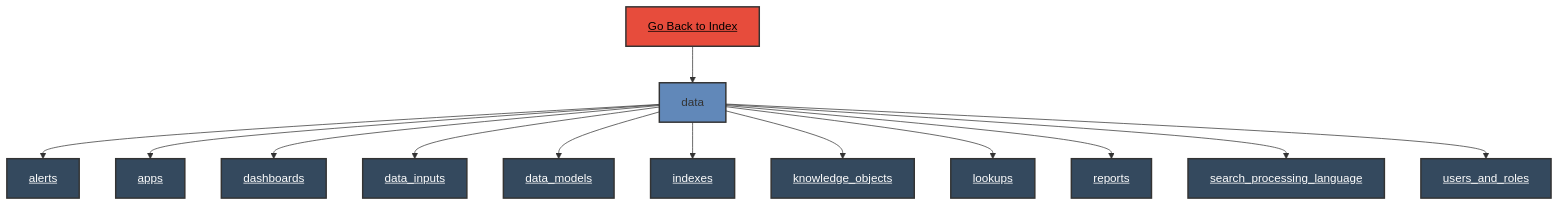
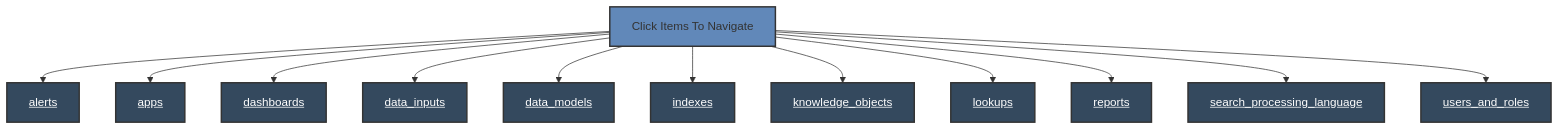
One commit to ncolyer/splunk-toolbox changed the diagram in data/data.md. Above: the diagram before and after it, drawn with Mermaid. The commit also changed other lines of this file, not shown here.

Commit message:
Add meaningful navigation labels for data items

````diff
--- a/data/data.md
+++ b/data/data.md
@@ -3,21 +3,20 @@
 ```mermaid
 graph TD;
-    Z[<a href="../" target="_blank" style="color:black">Go Back to Index</a>]:::backLevelStyle
-    Z --> A[data]:::firstLevelStyle
+    A[Click Items To Navigate]:::firstLevelStyle
     A --> B[<a href="data/alerts/" target="_blank" style="color:white">alerts</a>]:::secondLevelStyle
     A --> C[<a href="data/apps/" target="_blank" style="color:white">apps</a>]:::secondLevelStyle
     A --> D[<a href="data/dashboards/" target="_blank" style="color:white">dashboards</a>]:::secondLevelStyle
     A --> E[<a href="data/data_inputs/" target="_blank" style="color:white">data_inputs</a>]:::secondLevelStyle
     A --> F[<a href="data/data_models/" target="_blank" style="color:white">data_models</a>]:::secondLevelStyle
     A --> G[<a href="data/indexes/" target="_blank" style="color:white">indexes</a>]:::secondLevelStyle
     A --> H[<a href="data/knowledge_objects/" target="_blank" style="color:white">knowledge_objects</a>]:::secondLevelStyle
     A --> I[<a href="data/lookups/" target="_blank" style="color:white">lookups</a>]:::secondLevelStyle
     A --> J[<a href="data/reports/" target="_blank" style="color:white">reports</a>]:::secondLevelStyle
     A --> K[<a href="data/search_processing_language/" target="_blank" style="color:white">search_processing_language</a>]:::secondLevelStyle
     A --> L[<a href="data/users_and_roles/" target="_blank" style="color:white">users_and_roles</a>]:::secondLevelStyle
 
     classDef backLevelStyle fill:#e74c3c,stroke:#333,stroke-width:2px,color:#ffffff;
     classDef firstLevelStyle fill:#6188b9,stroke:#333,stroke-width:2px;
     classDef secondLevelStyle fill:#34495e,stroke:#333,stroke-width:2px;
     classDef secondLevelStyleMissing fill:#000000,stroke:#333,stroke-width:2px;
 ```
````
